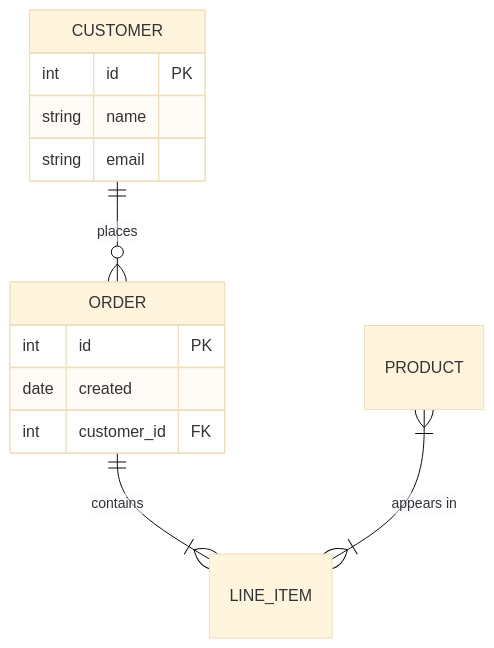
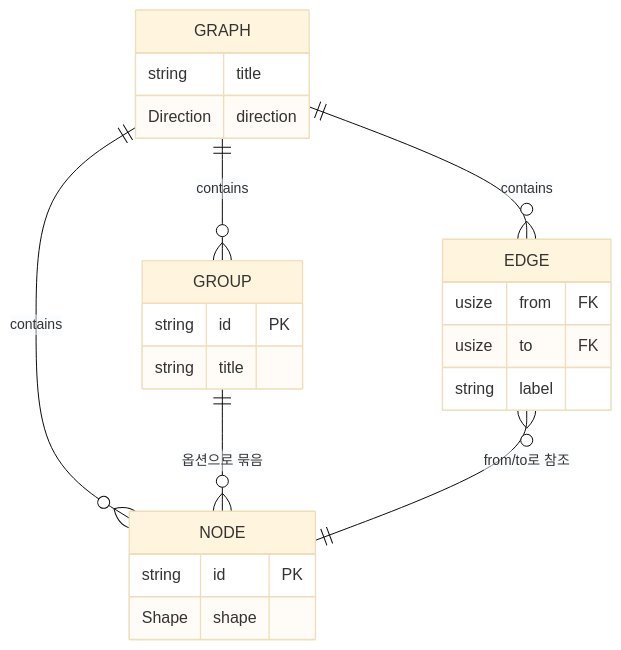
One commit to hodorii/dg changed the fourth of 14 diagrams in examples/architecture.md. Above: the diagram before and after it, drawn with Mermaid (base theme). The commit also changed other lines of this file and 22 other files, not shown here.

First line of the commit message:
mermaid 다이어그램 7종(gitGraph·block-beta·pie·xychart-beta·quadrantChart·gantt)과 PlantUML @startgantt 지원, 공통 차트 렌더링 기반(layout::chart) 추가

````diff
--- a/examples/architecture.md
+++ b/examples/architecture.md
@@ -71,16 +161,25 @@
 ```mermaid
 erDiagram
-  CUSTOMER ||--o{ ORDER : places
-  ORDER ||--|{ LINE_ITEM : contains
-  PRODUCT }|--|{ LINE_ITEM : "appears in"
-  CUSTOMER {
-    int id PK
-    string name
-    string email
+  GRAPH ||--o{ NODE : contains
+  GRAPH ||--o{ EDGE : contains
+  GRAPH ||--o{ GROUP : contains
+  GROUP ||--o{ NODE : "옵션으로 묶음"
+  EDGE }o--|| NODE : "from/to로 참조"
+  GRAPH {
+    string title
+    Direction direction
   }
-  ORDER {
-    int id PK
-    date created
-    int customer_id FK
+  NODE {
+    string id PK
+    Shape shape
+  }
+  EDGE {
+    usize from FK
+    usize to FK
+    string label
+  }
+  GROUP {
+    string id PK
+    string title
   }
 ```
````
